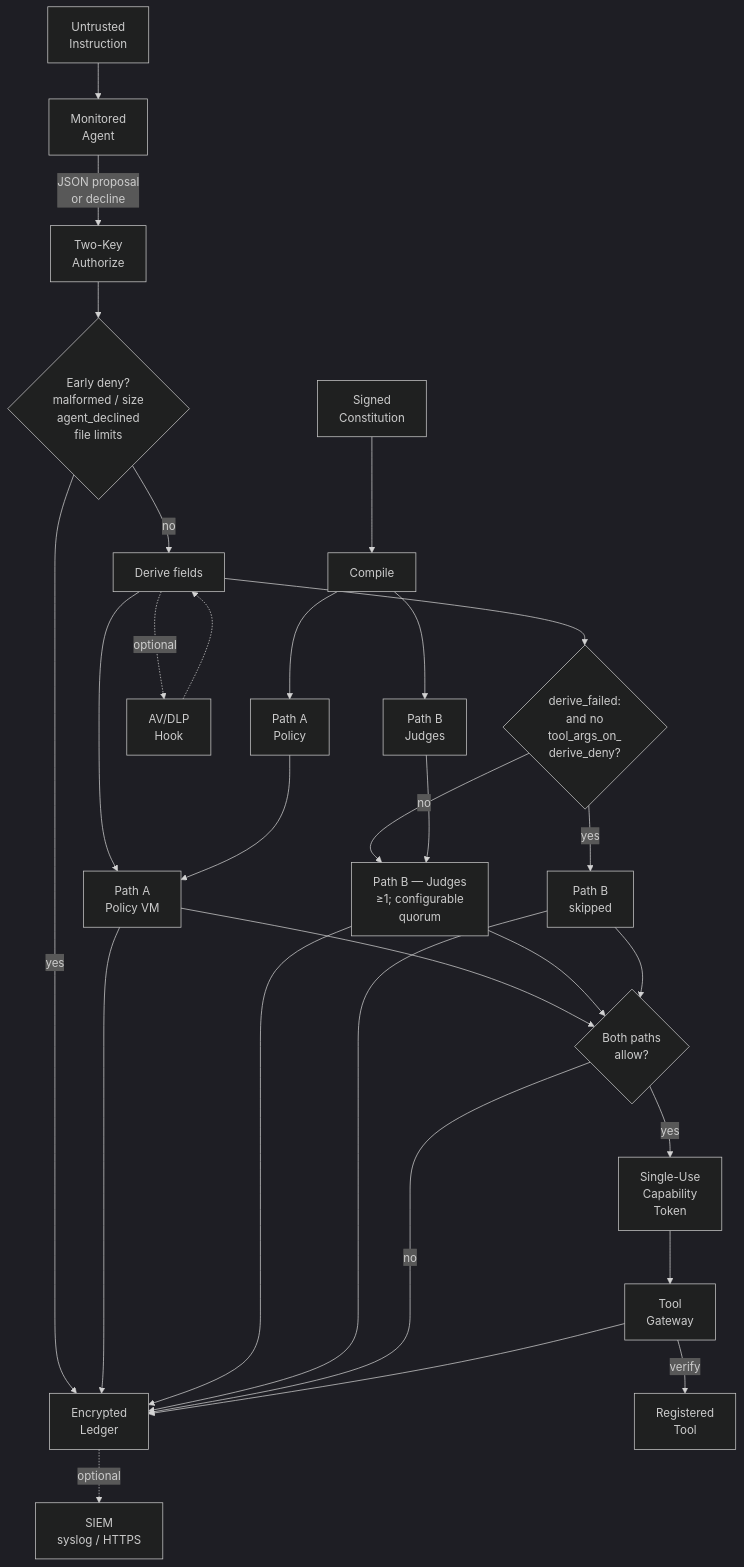
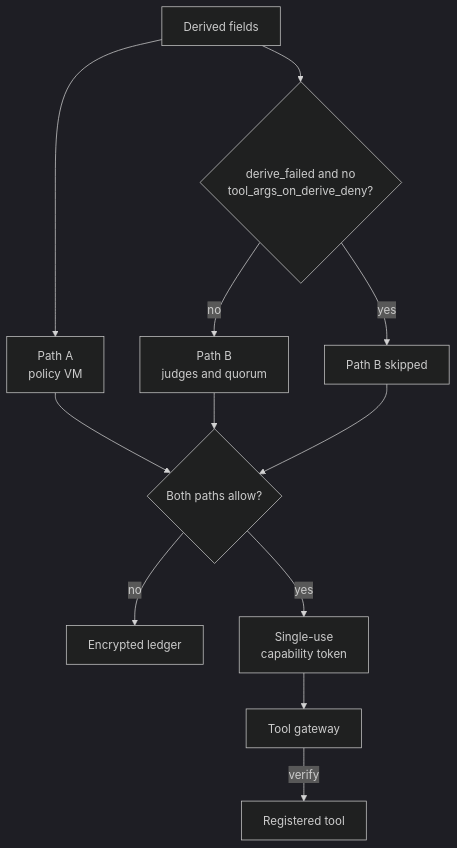
Before and after one commit to Insomniac-VibeLabs/two-key: the fourth of 8 diagrams in README.md, drawn with Mermaid (dark theme). The commit also changed other lines of this file and 12 other files, not shown here.

First line of the commit message:
Redraw every diagram to one house style, checked by a test (#29)

````diff
--- a/README.md
+++ b/README.md
@@ -277,41 +306,14 @@
 ```mermaid
 flowchart TD
-  constitution["Signed<br/>Constitution"] --> compile["Compile"]
-  compile --> bytecode["Path A<br/>Policy"]
-  compile --> judgeText["Path B<br/>Judges"]
-
-  instruction["Untrusted<br/>Instruction"] --> agent["Monitored<br/>Agent"]
-  agent -->|"JSON proposal<br/>or decline"| authorize["Two-Key<br/>Authorize"]
-
-  authorize --> early{"Early deny?<br/>malformed / size<br/>agent_declined<br/>file limits"}
-  early -->|yes| ledger["Encrypted<br/>Ledger"]
-  early -->|no| derive["Derive fields"]
-
-  derive -.->|"optional"| hook["AV/DLP<br/>Hook"]
-  hook -.-> derive
-
-  derive --> pathA["Path A<br/>Policy VM"]
-  bytecode --> pathA
-
-  derive --> pbCheck{"derive_failed:<br/>and no<br/>tool_args_on_<br/>derive_deny?"}
-  pbCheck -->|yes| skipped["Path B<br/>skipped"]
-  pbCheck -->|no| pathB["Path B — Judges<br/>≥1; configurable<br/>quorum"]
-  judgeText --> pathB
-
-  pathA --> gate{"Both paths<br/>allow?"}
+  derive["Derived fields"] --> pathA["Path A<br/>policy VM"]
+  derive --> skipcheck{"derive_failed and no<br/>tool_args_on_derive_deny?"}
+  skipcheck -- "yes" --> skipped["Path B skipped"]
+  skipcheck -- "no" --> pathB["Path B<br/>judges and quorum"]
+  pathA --> gate{"Both paths allow?"}
   pathB --> gate
   skipped --> gate
-
-  pathA --> ledger
-  pathB --> ledger
-  skipped --> ledger
-
-  gate -->|no| ledger
-  gate -->|yes| token["Single-Use<br/>Capability<br/>Token"]
-
-  token --> gateway["Tool<br/>Gateway"]
-  gateway -->|"verify"| tool["Registered<br/>Tool"]
-  gateway --> ledger
-
-  ledger -.->|"optional"| siem["SIEM<br/>syslog / HTTPS"]
+  gate -- "no" --> ledger["Encrypted ledger"]
+  gate -- "yes" --> token["Single-use<br/>capability token"]
+  token --> gateway["Tool gateway"]
+  gateway -- "verify" --> tool["Registered tool"]
 ```
````
